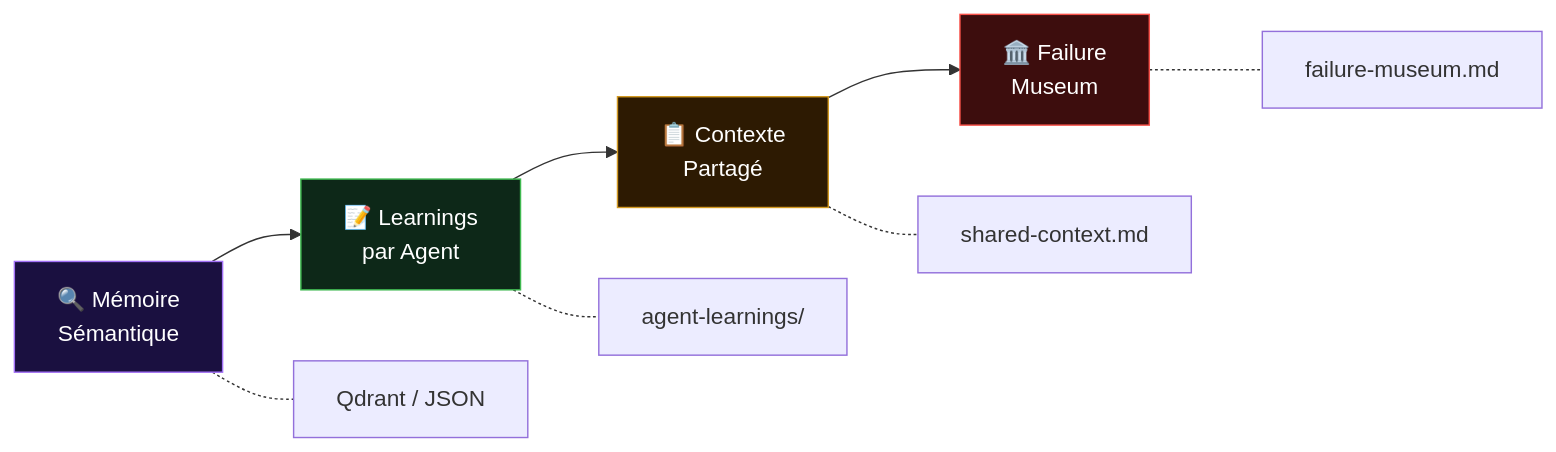
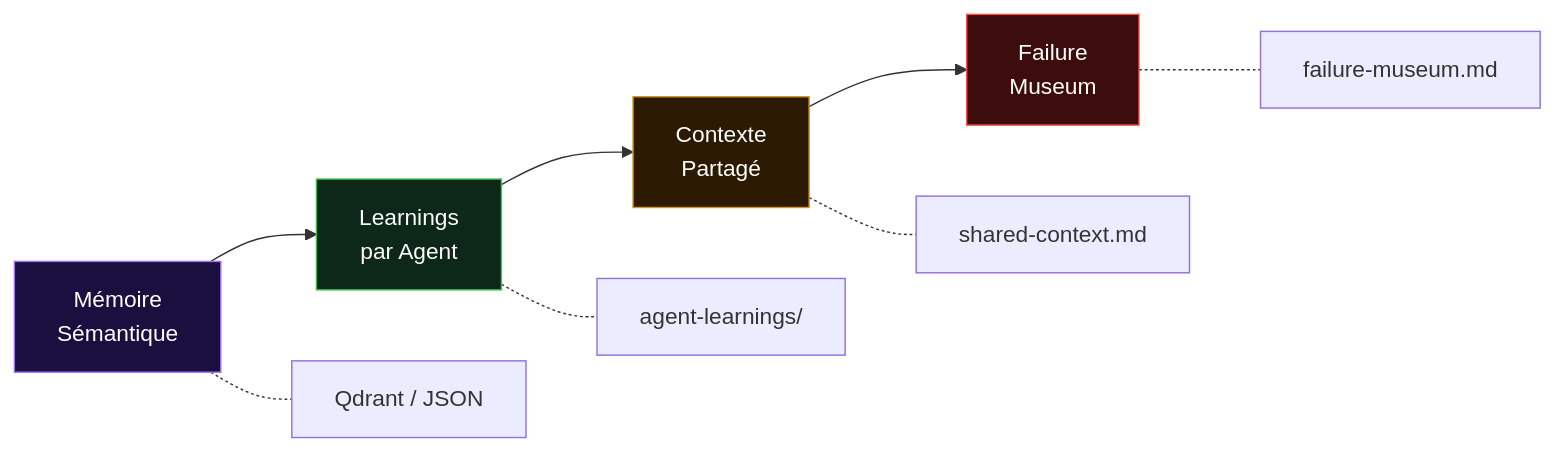
One commit to Guilhem-Bonnet/Grimoire-kit changed the second of 2 diagrams in README.md. Above: the diagram before and after it, drawn with Mermaid. The commit also changed other lines of this file and 38 other files, not shown here.

````diff
--- a/README.md
+++ b/README.md
@@ -666,16 +666,16 @@
 ```mermaid
 graph LR
-    A["🔍 Mémoire<br>Sémantique"] --> B["📝 Learnings<br>par Agent"]
-    B --> C["📋 Contexte<br>Partagé"]
-    C --> D["🏛️ Failure<br>Museum"]
+    A["Mémoire<br>Sémantique"] --> B["Learnings<br>par Agent"]
+    B --> C["Contexte<br>Partagé"]
+    C --> D["Failure<br>Museum"]
 
     A -.- E["Qdrant / JSON"]
     B -.- F["agent-learnings/"]
     C -.- G["shared-context.md"]
     D -.- H["failure-museum.md"]
 
     style A fill:#1a1040,stroke:#a371f7,color:#fff
     style B fill:#0d2818,stroke:#3fb950,color:#fff
     style C fill:#2d1a02,stroke:#d29922,color:#fff
     style D fill:#3d0d0d,stroke:#f85149,color:#fff
 ```
````
